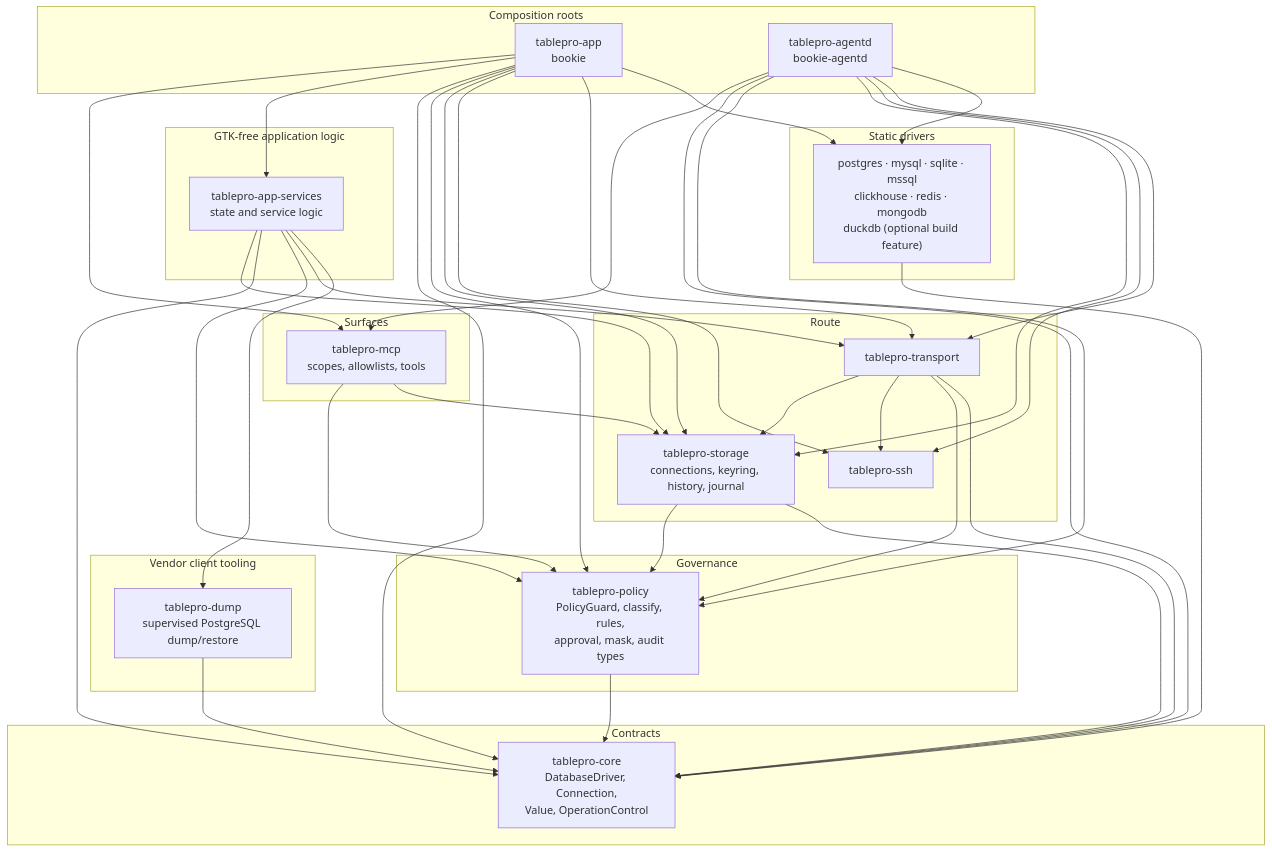
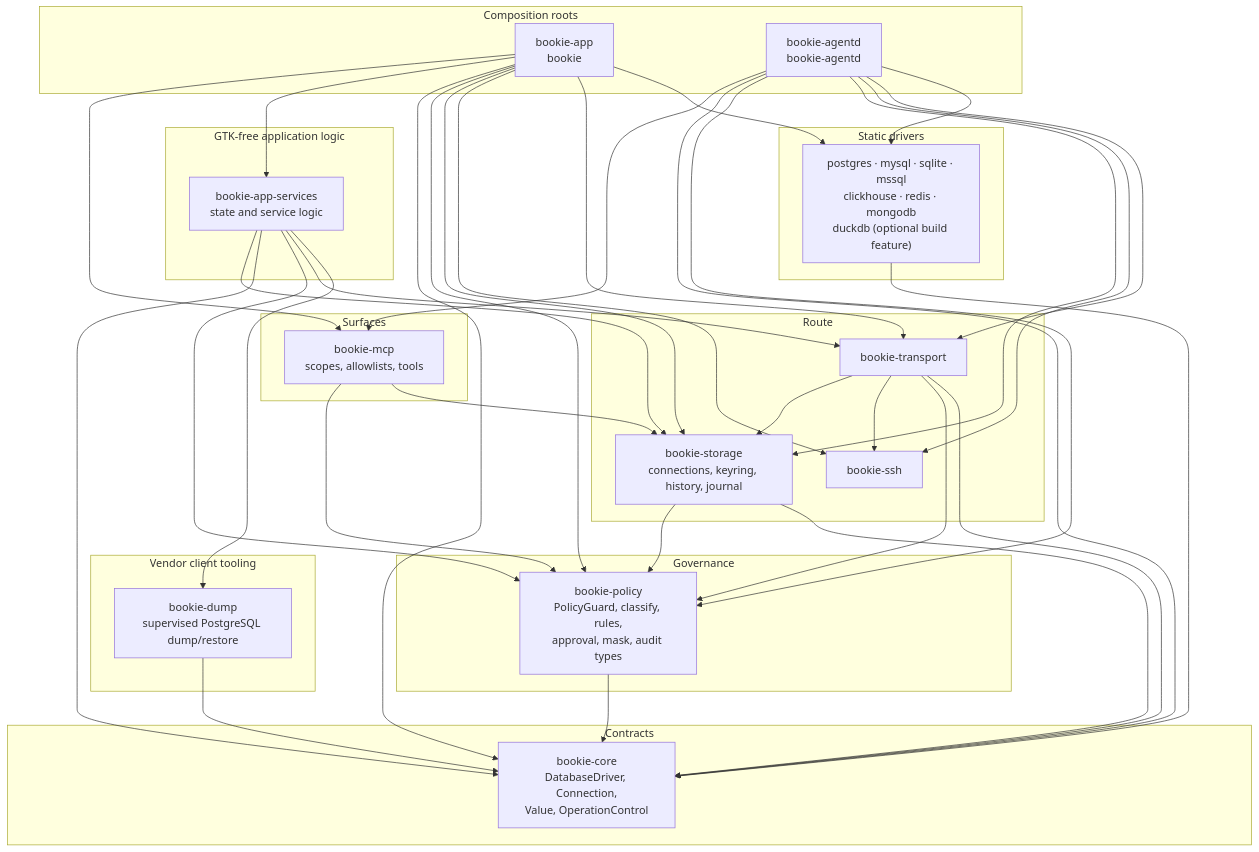
Before and after one commit to cozyGarage/BookiE: the second of 7 diagrams in ARCHITECTURE.md, drawn with Mermaid. The commit also changed other lines of this file and 893 other files, not shown here.

First line of the commit message:
refactor: rename every tablepro identifier to bookie and copy legacy state forward

````diff
--- a/ARCHITECTURE.md
+++ b/ARCHITECTURE.md
@@ -89,69 +89,69 @@
 ```mermaid
 flowchart TB
     subgraph roots["Composition roots"]
-        app["tablepro-app<br/>bookie"]
-        agentd["tablepro-agentd<br/>bookie-agentd"]
+        app["bookie-app<br/>bookie"]
+        agentd["bookie-agentd<br/>bookie-agentd"]
     end
 
     subgraph surfaces["Surfaces"]
-        mcp["tablepro-mcp<br/>scopes, allowlists, tools"]
+        mcp["bookie-mcp<br/>scopes, allowlists, tools"]
     end
 
     subgraph app_logic["GTK-free application logic"]
-        app_services["tablepro-app-services<br/>state and service logic"]
+        app_services["bookie-app-services<br/>state and service logic"]
     end
 
     subgraph governance["Governance"]
-        policy["tablepro-policy<br/>PolicyGuard, classify, rules,<br/>approval, mask, audit types"]
+        policy["bookie-policy<br/>PolicyGuard, classify, rules,<br/>approval, mask, audit types"]
     end
 
     subgraph route["Route"]
-        transport["tablepro-transport"]
-        ssh["tablepro-ssh"]
-        storage["tablepro-storage<br/>connections, keyring, history, journal"]
+        transport["bookie-transport"]
+        ssh["bookie-ssh"]
+        storage["bookie-storage<br/>connections, keyring, history, journal"]
     end
 
     subgraph tooling["Vendor client tooling"]
-        dump["tablepro-dump<br/>supervised PostgreSQL dump/restore"]
+        dump["bookie-dump<br/>supervised PostgreSQL dump/restore"]
     end
 
     subgraph contracts["Contracts"]
-        core["tablepro-core<br/>DatabaseDriver, Connection,<br/>Value, OperationControl"]
+        core["bookie-core<br/>DatabaseDriver, Connection,<br/>Value, OperationControl"]
     end
 
     subgraph drivers["Static drivers"]
         drv["postgres · mysql · sqlite · mssql<br/>clickhouse · redis · mongodb<br/>duckdb (optional build feature)"]
     end
 
     app --> mcp
     agentd --> mcp
     app --> app_services
     app --> core
     app --> policy
     app --> storage
     app --> ssh
     app_services --> storage
     app_services --> core
     app_services --> policy
     app_services --> transport
     app_services --> dump
     app --> transport
     agentd --> core
     agentd --> policy
     agentd --> storage
     agentd --> ssh
     agentd --> transport
     mcp --> policy
     mcp --> storage
     transport --> storage
     transport --> ssh
     transport --> policy
     transport --> core
     policy --> core
     dump --> core
     storage --> policy
     storage --> core
     drv --> core
     app --> drv
     agentd --> drv
 ```
````
